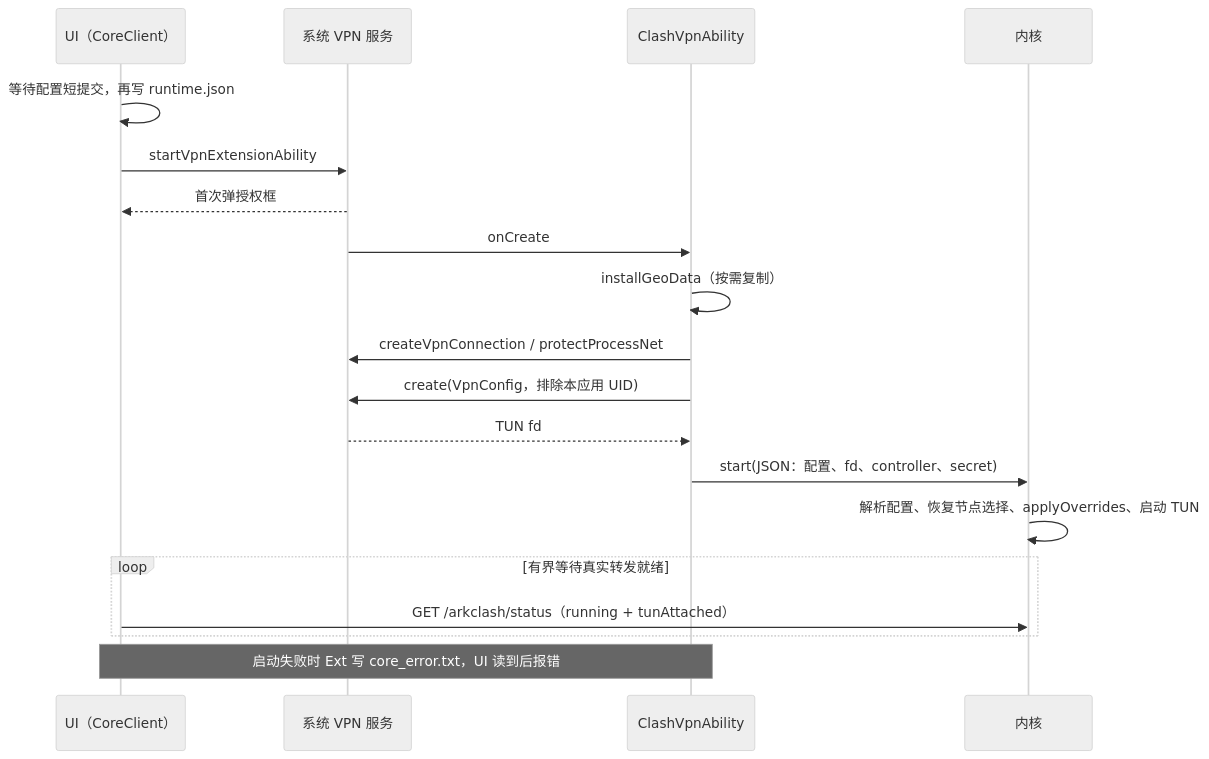
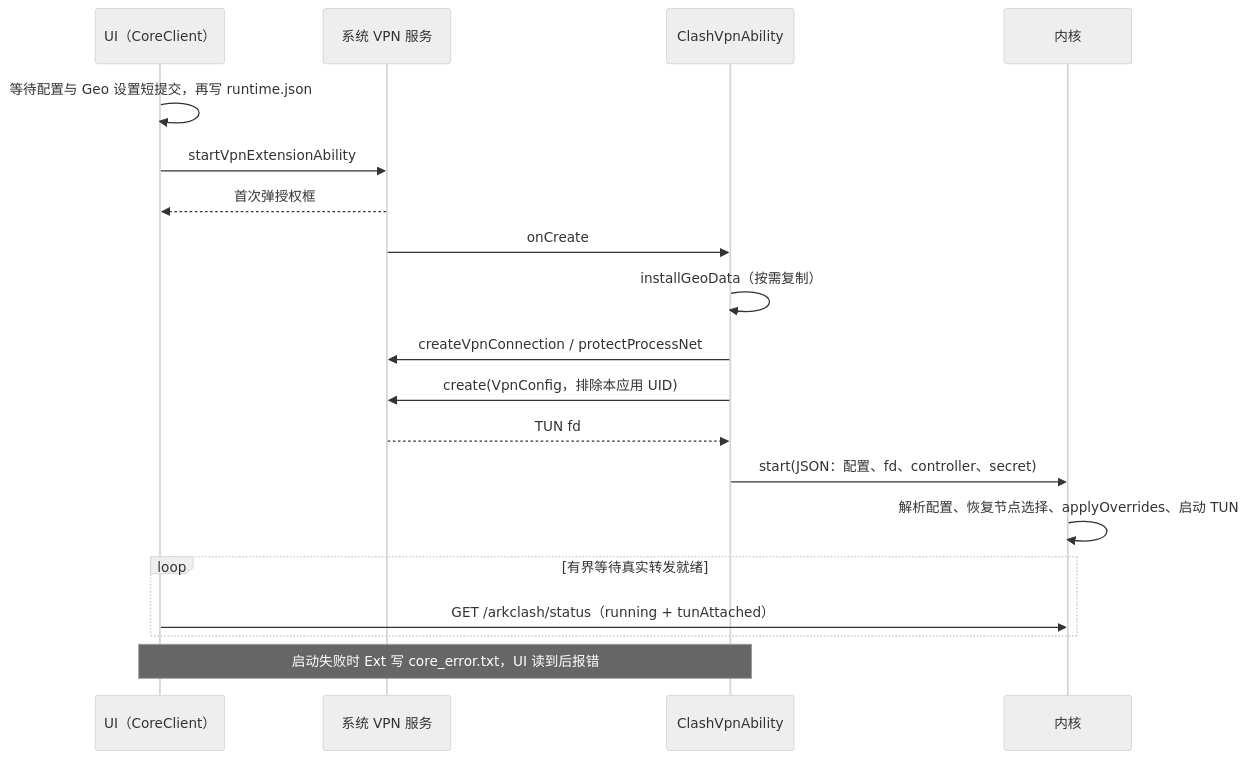
One commit to VOD-Studio/ArkClash changed the second of 2 diagrams in docs/architecture.md. Above: the diagram before and after it, drawn with Mermaid (neutral theme). The commit also changed other lines of this file and 20 other files, not shown here.

````diff
--- a/docs/architecture.md
+++ b/docs/architecture.md
@@ -38,21 +38,21 @@
 ```mermaid
 sequenceDiagram
   participant UI as UI（CoreClient）
   participant Sys as 系统 VPN 服务
   participant Ext as ClashVpnAbility
   participant Core as 内核
-  UI->>UI: 等待配置短提交，再写 runtime.json
+  UI->>UI: 等待配置与 Geo 设置短提交，再写 runtime.json
   UI->>Sys: startVpnExtensionAbility
   Sys-->>UI: 首次弹授权框
   Sys->>Ext: onCreate
   Ext->>Ext: installGeoData（按需复制）
   Ext->>Sys: createVpnConnection / protectProcessNet
   Ext->>Sys: create(VpnConfig，排除本应用 UID)
   Sys-->>Ext: TUN fd
   Ext->>Core: start(JSON：配置、fd、controller、secret)
   Core->>Core: 解析配置、恢复节点选择、applyOverrides、启动 TUN
   loop 有界等待真实转发就绪
     UI->>Core: GET /arkclash/status（running + tunAttached）
   end
   Note over Ext,UI: 启动失败时 Ext 写 core_error.txt，UI 读到后报错
 ```
````
